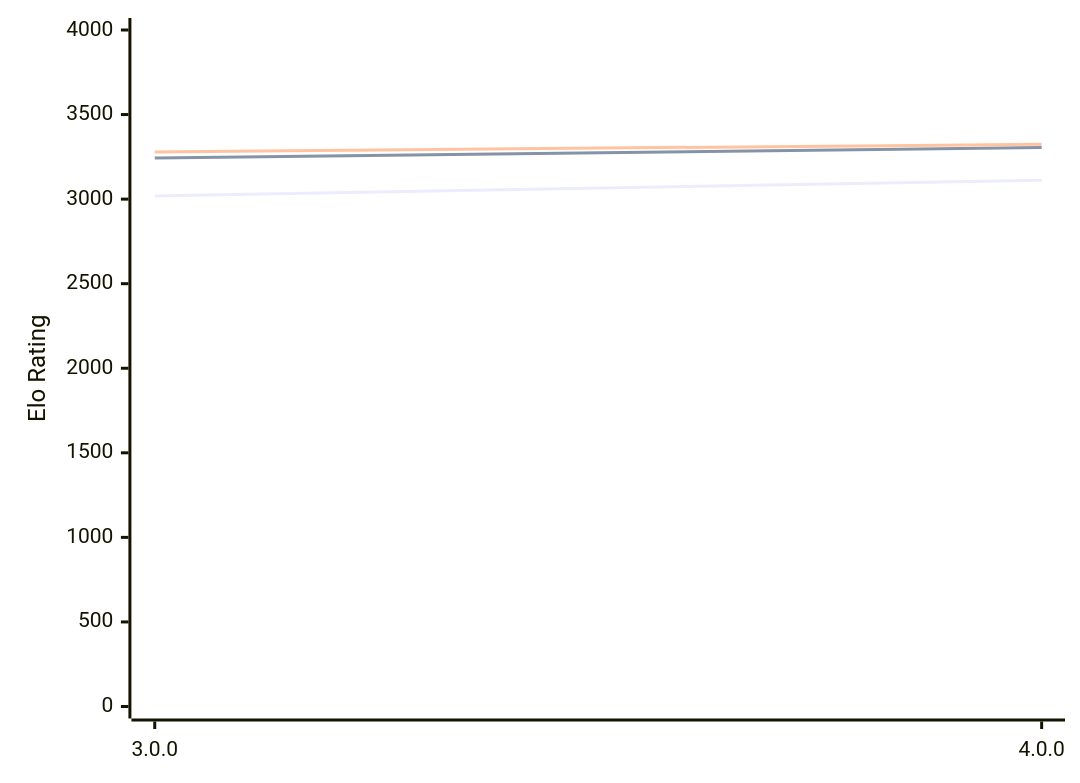
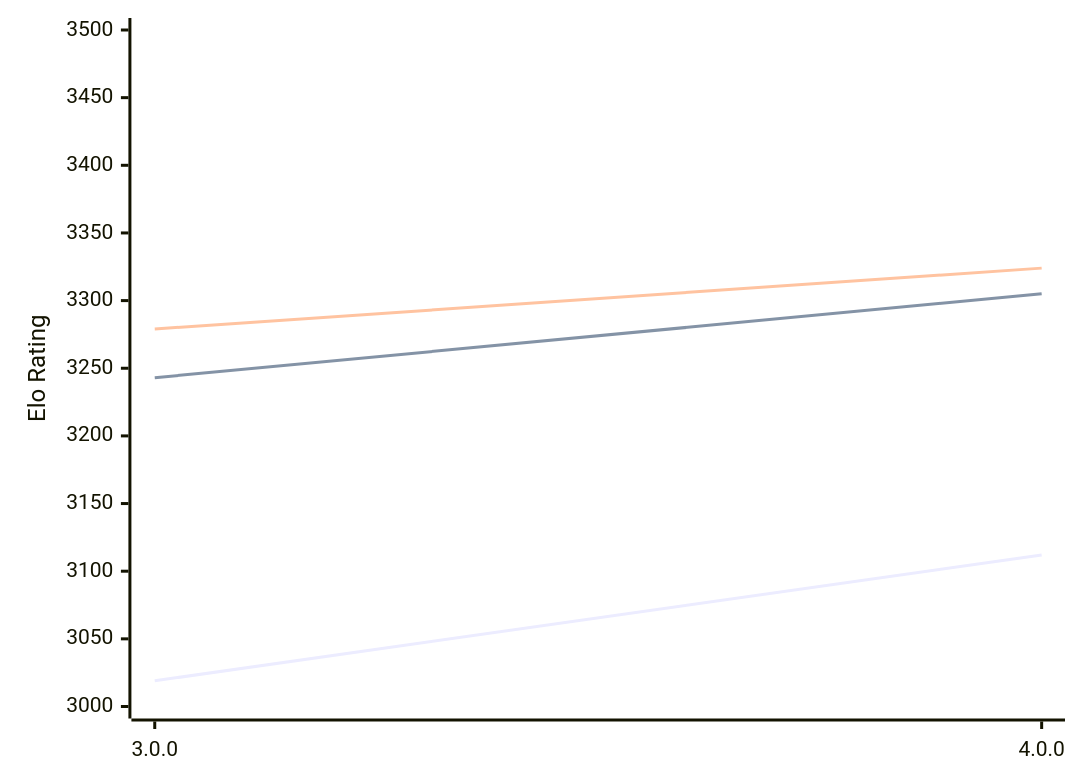
The diagram in engines/Minke.md (computer-chess-index/cci), drawn with Mermaid before and after one commit. The commit also changed other lines of this file, not shown here.

Commit message:
Update CCI Ratings (ELO VLTC) - 2026-02-10

````diff
--- a/engines/Minke.md
+++ b/engines/Minke.md
@@ -31,9 +31,9 @@
 ```mermaid
 %%{init: {"theme":"base","themeVariables":{"seriesColors:['#a3a3a3','#222221','#faa371']}}}%%
 xychart-beta
   x-axis ["3.0.0", "4.0.0"]
-  y-axis "Elo Rating" 0 --> 4000
+  y-axis "Elo Rating" 3000 --> 3500
   line "STC (8.0+0.08s)" [3019, 3112]
   line "LTC (60.0+0.60s)" [3243, 3305]
   line "VLTC (2m24s+1.12s)" [3279, 3324]
 ```
````
